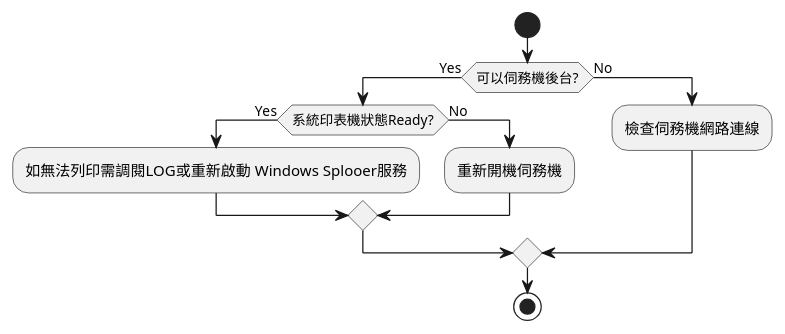
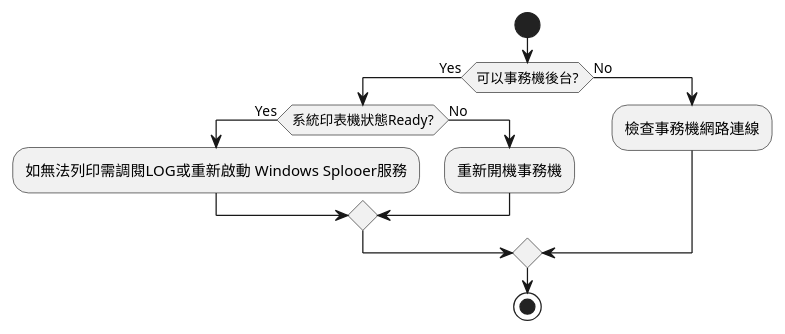
Before and after one commit to FrancoLiuDev/powermoat_doc: the seventh of 7 diagrams in root/異常處理/無法漫游列印.md, drawn with PlantUML. The commit also changed other lines of this file and 8 other files, not shown here.

````diff
--- a/root/異常處理/無法漫游列印.md
+++ b/root/異常處理/無法漫游列印.md
@@ -128,18 +128,18 @@
 ```plantuml
 @startuml
 start
 
 
-if (可以伺務機後台?) then (Yes)
+if (可以事務機後台?) then (Yes)
     if (系統印表機狀態Ready?) then (Yes)
         :如無法列印需調閱LOG或重新啟動 Windows Splooer服務;
     else (No)
-        :重新開機伺務機;
+        :重新開機事務機;
     endif 
 else (No)
-  :檢查伺務機網路連線;
+  :檢查事務機網路連線;
 endif
 
 stop
 @enduml
 ```
````
